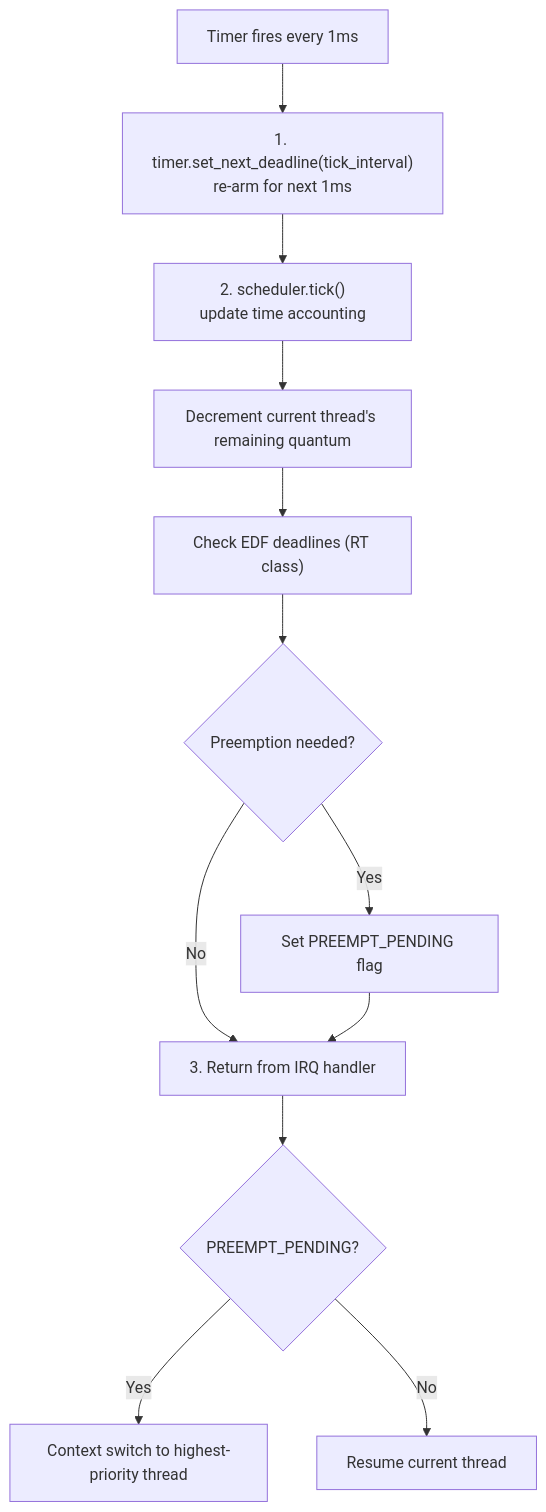
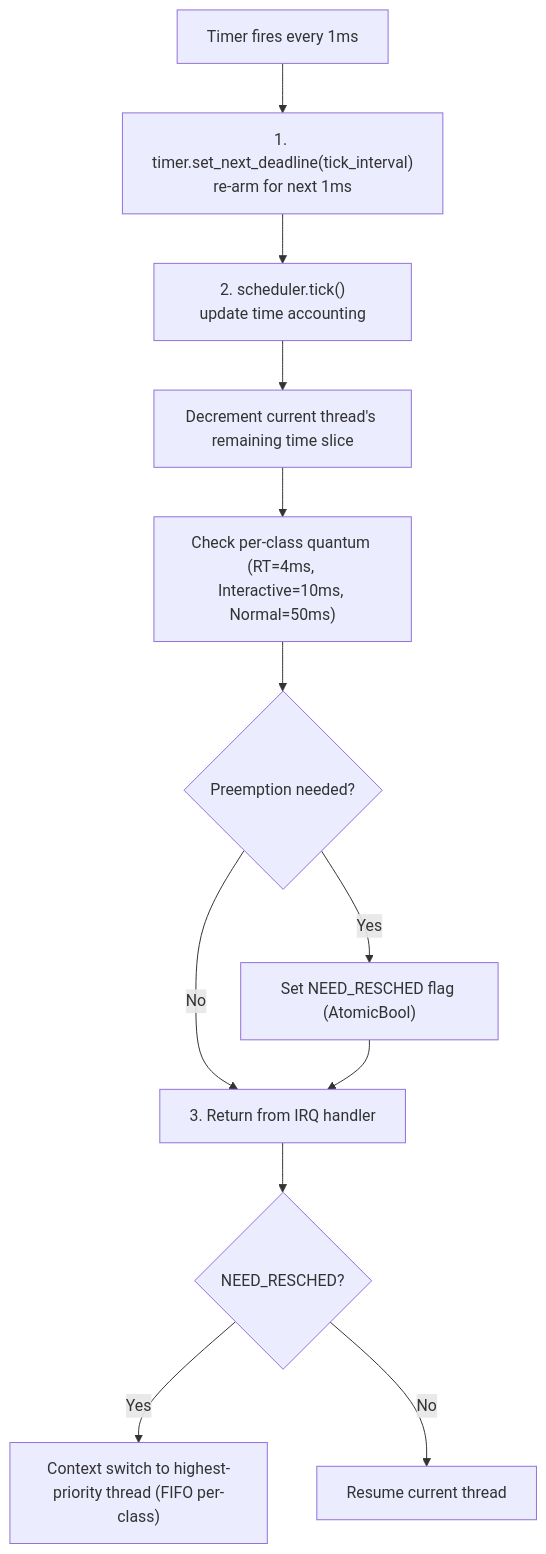
Before and after one commit to juslee/aios: the third of 6 diagrams in docs/kernel/hal.md, drawn with Mermaid. The commit also changed other lines of this file, not shown here.

First line of the commit message:
Docs: Update HAL architecture doc with factual corrections and research

````diff
--- a/docs/kernel/hal.md
+++ b/docs/kernel/hal.md
@@ -1017,16 +1103,16 @@
 ```mermaid
 flowchart TD
     TICK["Timer fires every 1ms"] --> REARM["`1. timer.set_next_deadline(tick_interval)
 re-arm for next 1ms`"]
     REARM --> SCHED["`2. scheduler.tick()
 update time accounting`"]
-    SCHED --> DEC["Decrement current thread's remaining quantum"]
-    DEC --> EDF["Check EDF deadlines (RT class)"]
-    EDF --> PREEMPT{"Preemption needed?"}
-    PREEMPT -->|Yes| FLAG["Set PREEMPT_PENDING flag"]
+    SCHED --> DEC["Decrement current thread's remaining time slice"]
+    DEC --> CLASS["Check per-class quantum (RT=4ms, Interactive=10ms, Normal=50ms)"]
+    CLASS --> PREEMPT{"Preemption needed?"}
+    PREEMPT -->|Yes| FLAG["Set NEED_RESCHED flag (AtomicBool)"]
     PREEMPT -->|No| RET["3. Return from IRQ handler"]
     FLAG --> RET
-    RET --> CHECK{"PREEMPT_PENDING?"}
-    CHECK -->|Yes| CTX["Context switch to highest-priority thread"]
+    RET --> CHECK{"NEED_RESCHED?"}
+    CHECK -->|Yes| CTX["Context switch to highest-priority thread (FIFO per-class)"]
     CHECK -->|No| RESUME["Resume current thread"]
 ```
````
